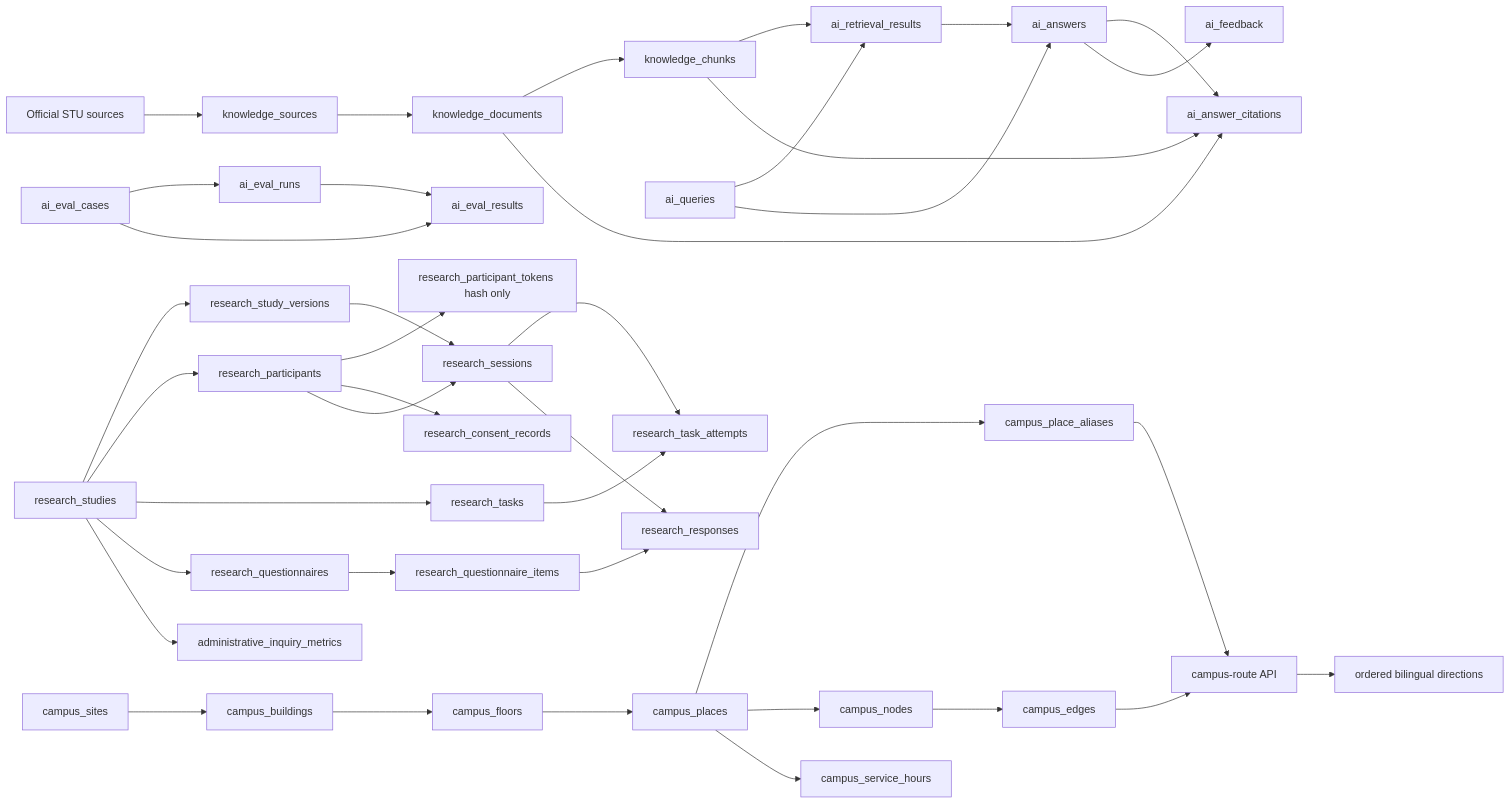
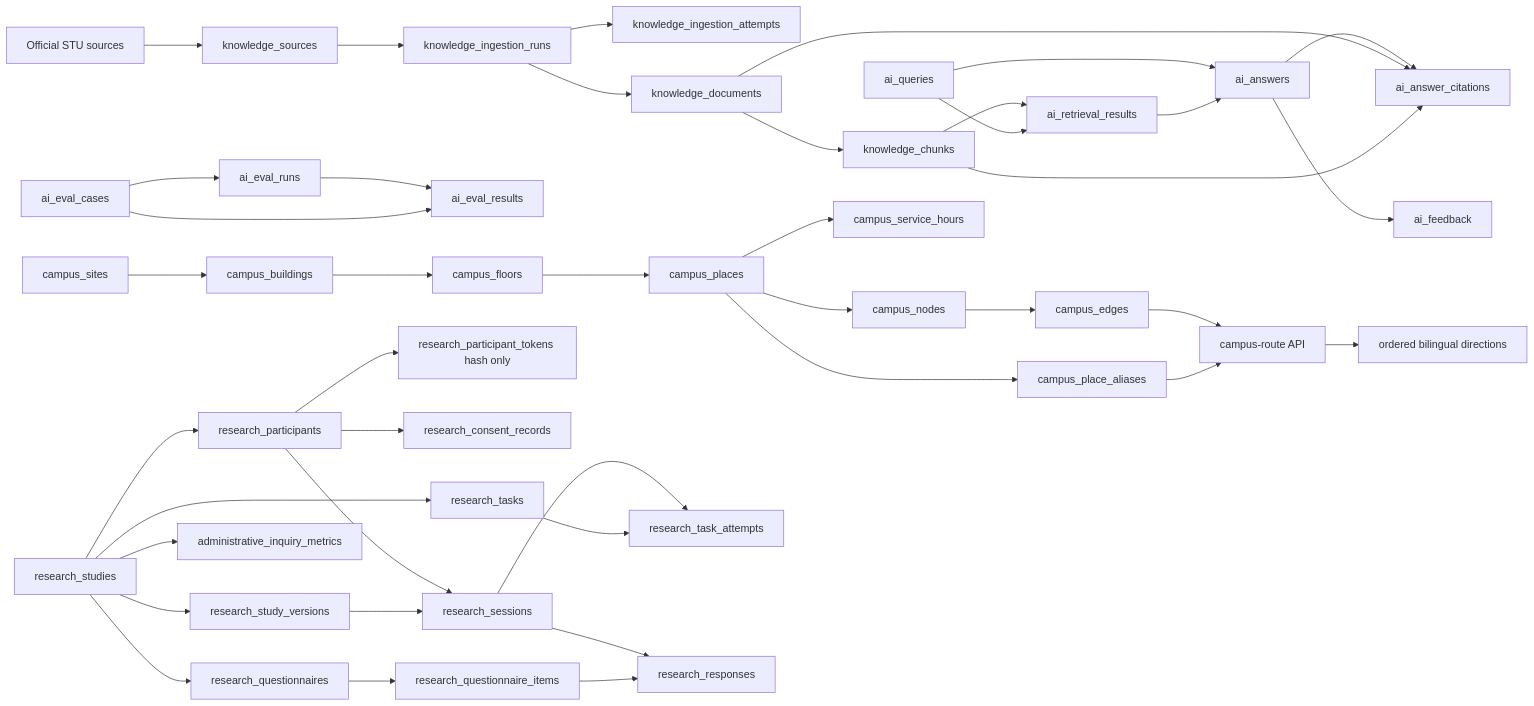
One commit to LuxArt0317/std_edu_ai changed the diagram in docs/RESEARCH_SYSTEM_SCHEMA.md. Above: the diagram before and after it, drawn with Mermaid. The commit also changed other lines of this file and 22 other files, not shown here.

````diff
--- a/docs/RESEARCH_SYSTEM_SCHEMA.md
+++ b/docs/RESEARCH_SYSTEM_SCHEMA.md
@@ -7,43 +7,45 @@
 ```mermaid
 flowchart LR
   Official[Official STU sources] --> Registry[knowledge_sources]
-  Registry --> Documents[knowledge_documents]
+  Registry --> Run[knowledge_ingestion_runs]
+  Run --> AttemptTelemetry[knowledge_ingestion_attempts]
+  Run --> Documents[knowledge_documents]
   Documents --> Chunks[knowledge_chunks]
   Chunks --> Retrieval[ai_retrieval_results]
   Query[ai_queries] --> Retrieval
   Query --> Answer[ai_answers]
   Retrieval --> Answer
   Answer --> Citations[ai_answer_citations]
   Documents --> Citations
   Chunks --> Citations
   Answer --> Feedback[ai_feedback]
   Cases[ai_eval_cases] --> Runs[ai_eval_runs]
   Runs --> Results[ai_eval_results]
   Cases --> Results
 
   Site[campus_sites] --> Building[campus_buildings]
   Building --> Floor[campus_floors]
   Floor --> Place[campus_places]
   Place --> Alias[campus_place_aliases]
   Place --> Node[campus_nodes]
   Node --> Edge[campus_edges]
   Place --> Hours[campus_service_hours]
   Edge --> Router[campus-route API]
   Alias --> Router
   Router --> TextRoute[ordered bilingual directions]
 
   Study[research_studies] --> Version[research_study_versions]
   Study --> Participant[research_participants]
   Participant --> Token[research_participant_tokens hash only]
   Participant --> Consent[research_consent_records]
   Study --> Task[research_tasks]
   Participant --> Session[research_sessions]
   Version --> Session
   Session --> Attempt[research_task_attempts]
   Task --> Attempt
   Study --> Questionnaire[research_questionnaires]
   Questionnaire --> Item[research_questionnaire_items]
   Session --> Response[research_responses]
   Item --> Response
   Study --> Workload[administrative_inquiry_metrics]
 ```
````
